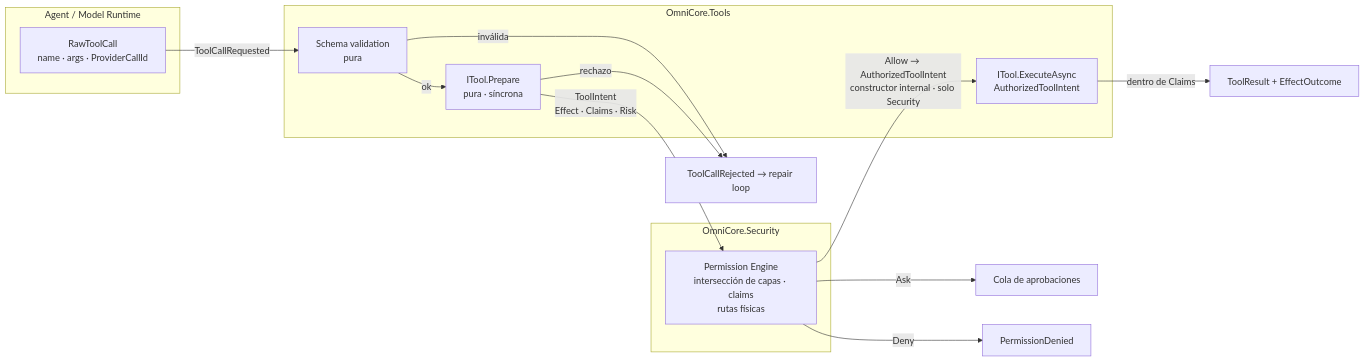
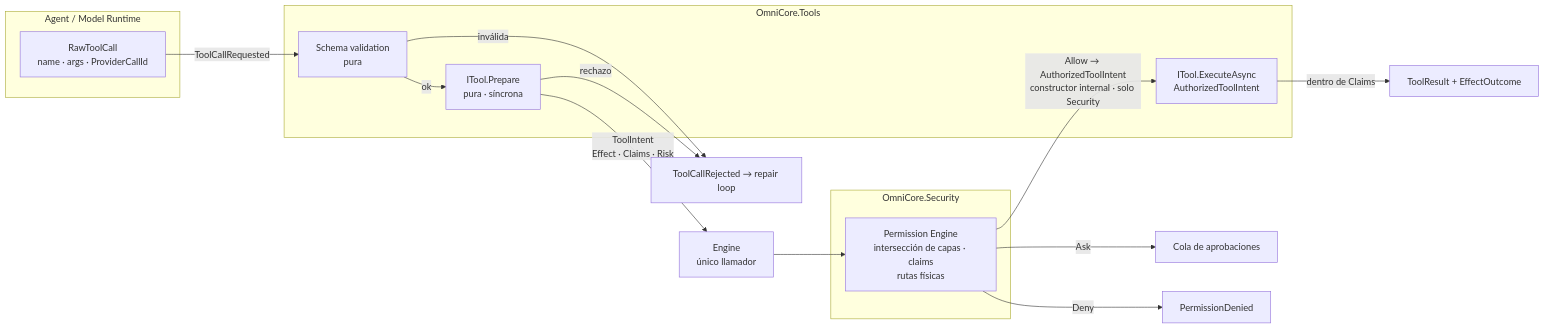
One commit to juancgomezm-s/OmniCore changed the fifth of 33 diagrams in docs/architecture/arquitectura.md. Above: the diagram before and after it, drawn with Mermaid. The commit also changed other lines of this file and 48 other files, not shown here.

````diff
--- a/docs/architecture/arquitectura.md
+++ b/docs/architecture/arquitectura.md
@@ -140,23 +143,24 @@
 ```mermaid
 flowchart LR
   subgraph AR["Agent / Model Runtime"]
     RAW["RawToolCall<br/>name · args · ProviderCallId"]
   end
   subgraph TL["OmniCore.Tools"]
     SV["Schema validation<br/>pura"]
     PR["ITool.Prepare<br/>pura · síncrona"]
     EX["ITool.ExecuteAsync<br/>AuthorizedToolIntent"]
   end
   subgraph SC["OmniCore.Security"]
     PE["Permission Engine<br/>intersección de capas · claims<br/>rutas físicas"]
   end
   RAW -->|"ToolCallRequested"| SV
   SV -->|"ok"| PR
-  PR -->|"ToolIntent<br/>Effect · Claims · Risk"| PE
+  PR -->|"ToolIntent<br/>Effect · Claims · Risk"| ENG["Engine<br/>único llamador"]
+  ENG --> PE
   SV -->|"inválida"| RJ["ToolCallRejected → repair loop"]
   PR -->|"rechazo"| RJ
   PE -->|"Allow → AuthorizedToolIntent<br/>constructor internal · solo Security"| EX
   PE -->|"Ask"| Q["Cola de aprobaciones"]
   PE -->|"Deny"| DN["PermissionDenied"]
   EX -->|"dentro de Claims"| RES["ToolResult + EffectOutcome"]
 ```
````
